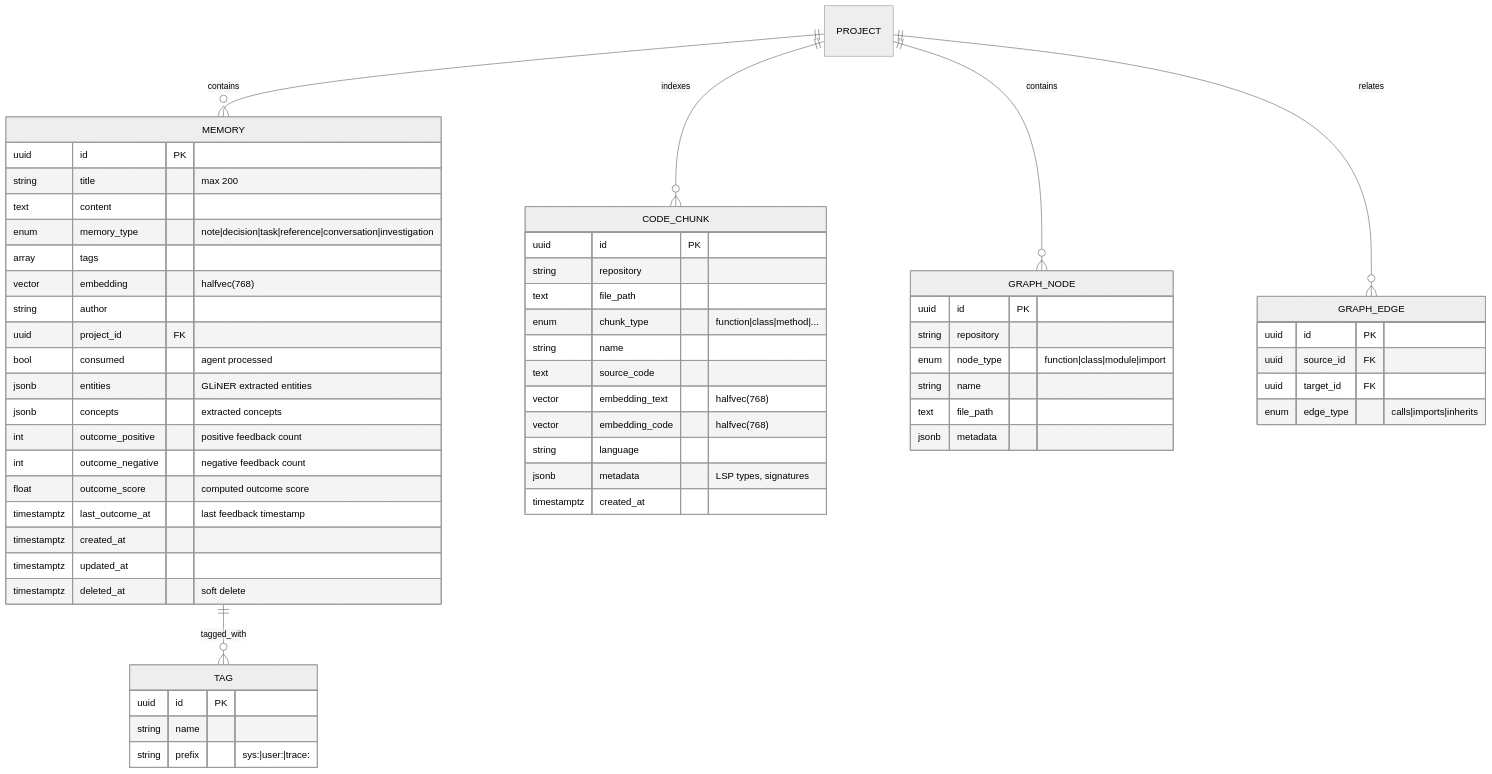
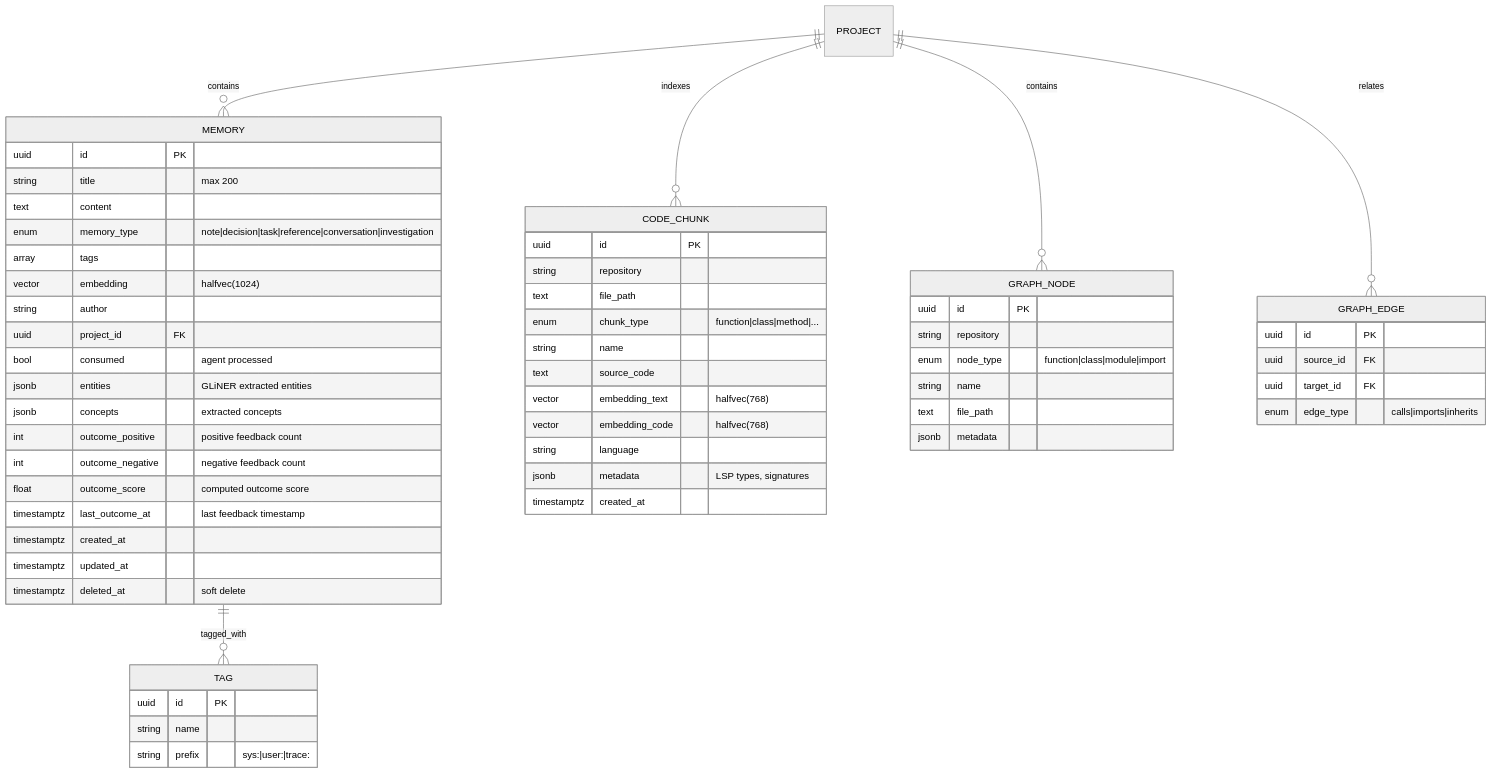
Diagram 12 of 15 in docs/ARCHITECTURE.md (giak/mnemo-lite), drawn with Mermaid (neutral theme) before and after one commit. The commit also changed other lines of this file and 3 other files, not shown here.

````diff
--- a/docs/ARCHITECTURE.md
+++ b/docs/ARCHITECTURE.md
@@ -624,65 +624,65 @@
 ```mermaid
 erDiagram
     PROJECT ||--o{ MEMORY : contains
     PROJECT ||--o{ CODE_CHUNK : indexes
     PROJECT ||--o{ GRAPH_NODE : contains
     PROJECT ||--o{ GRAPH_EDGE : relates
 
     MEMORY ||--o{ TAG : tagged_with
     MEMORY {
         uuid id PK
         string title "max 200"
         text content
         enum memory_type "note|decision|task|reference|conversation|investigation"
         array tags
-        vector embedding "halfvec(768)"
+        vector embedding "halfvec(1024)"
         string author
         uuid project_id FK
         bool consumed "agent processed"
         jsonb entities "GLiNER extracted entities"
         jsonb concepts "extracted concepts"
         int outcome_positive "positive feedback count"
         int outcome_negative "negative feedback count"
         float outcome_score "computed outcome score"
         timestamptz last_outcome_at "last feedback timestamp"
         timestamptz created_at
         timestamptz updated_at
         timestamptz deleted_at "soft delete"
     }
 
     CODE_CHUNK {
         uuid id PK
         string repository
         text file_path
         enum chunk_type "function|class|method|..."
         string name
         text source_code
         vector embedding_text "halfvec(768)"
         vector embedding_code "halfvec(768)"
         string language
         jsonb metadata "LSP types, signatures"
         timestamptz created_at
     }
 
     GRAPH_NODE {
         uuid id PK
         string repository
         enum node_type "function|class|module|import"
         string name
         text file_path
         jsonb metadata
     }
 
     GRAPH_EDGE {
         uuid id PK
         uuid source_id FK
         uuid target_id FK
         enum edge_type "calls|imports|inherits"
     }
 
     TAG {
         uuid id PK
         string name
         string prefix "sys:|user:|trace:"
     }
 ```
````
